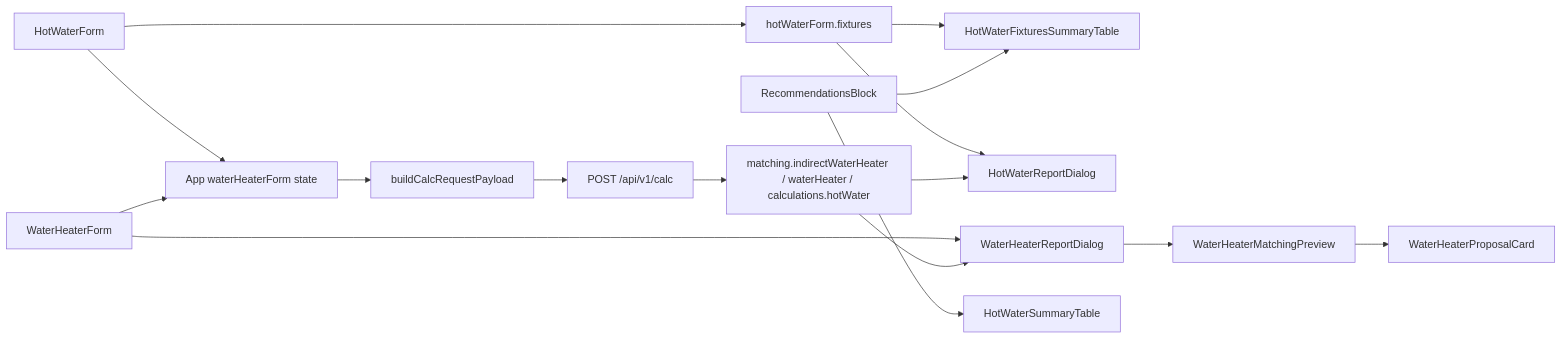
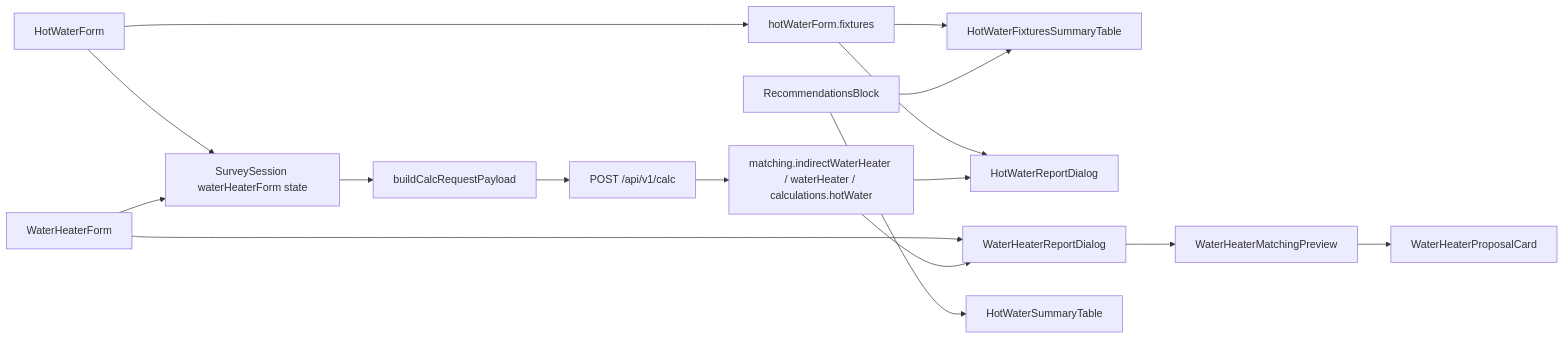
Before and after one commit to MichaelPopov62/heating-equipment-selection-service: the diagram in docs/water-heater-form.md, drawn with Mermaid. The commit also changed other lines of this file and 40 other files, not shown here.

````diff
--- a/docs/water-heater-form.md
+++ b/docs/water-heater-form.md
@@ -66,18 +64,18 @@
 ```mermaid
 flowchart LR
-  HWF[HotWaterForm] --> App[App waterHeaterForm state]
+  HWF[HotWaterForm] --> Session[SurveySession waterHeaterForm state]
   HWF --> Fixtures[hotWaterForm.fixtures]
   Fixtures --> SidebarFix[HotWaterFixturesSummaryTable]
   Fixtures --> HWModal[HotWaterReportDialog]
-  WHF[WaterHeaterForm] --> App
+  WHF[WaterHeaterForm] --> Session
   WHF --> WHModal[WaterHeaterReportDialog]
-  App --> BCP[buildCalcRequestPayload]
+  Session --> BCP[buildCalcRequestPayload]
   BCP --> API[POST /api/v1/calc]
   API --> Report[matching.indirectWaterHeater / waterHeater / calculations.hotWater]
   Report --> WHModal
   Report --> HWModal
   WHModal --> Preview[WaterHeaterMatchingPreview]
   Preview --> Card[WaterHeaterProposalCard]
-  Sidebar[RecommendationsBlock] --> SidebarFix
-  Sidebar --> HWSummary[HotWaterSummaryTable]
+  TechnicalResult[RecommendationsBlock] --> SidebarFix
+  TechnicalResult --> HWSummary[HotWaterSummaryTable]
 ```
````
